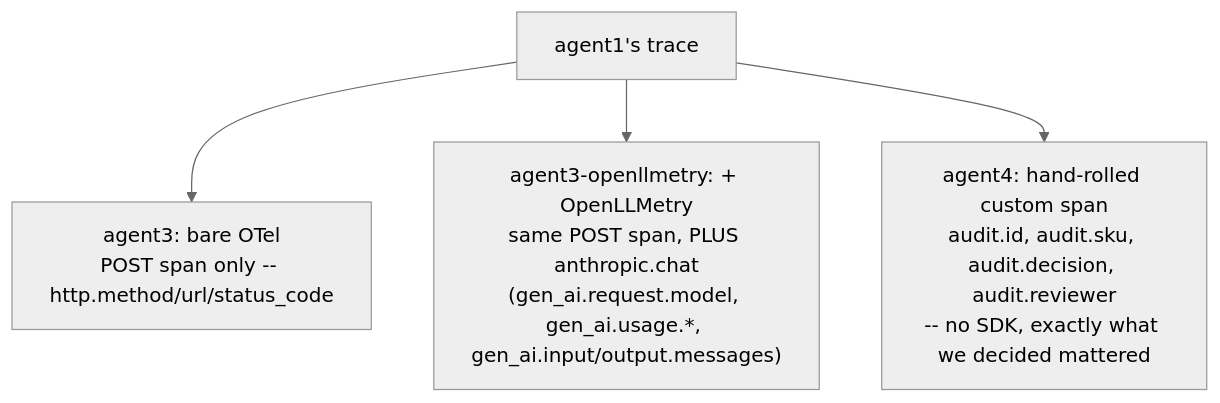
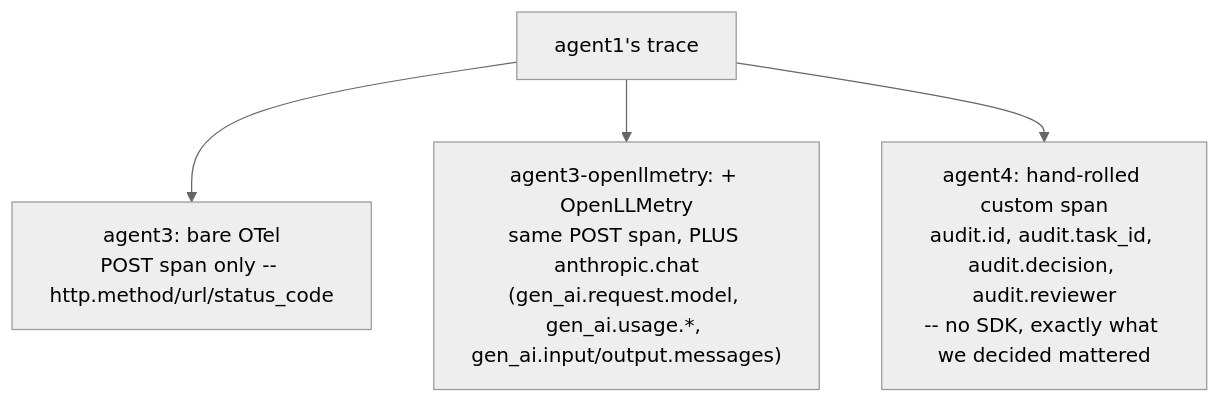
One commit to sf-matt/mcp-agent-tracing changed the third of 3 diagrams in README.md. Above: the diagram before and after it, drawn with Mermaid (neutral theme). The commit also changed other lines of this file and 7 other files, not shown here.

First line of the commit message:
Genericize business logic: pricing/SKU domain -> plain task domain

````diff
--- a/README.md
+++ b/README.md
@@ -107,7 +107,7 @@
 ```mermaid
 flowchart TB
     T[agent1's trace]
     T --> bare["agent3: bare OTel<br/>POST span only -- http.method/url/status_code"]
     T --> oll["agent3-openllmetry: + OpenLLMetry<br/>same POST span, PLUS anthropic.chat<br/>(gen_ai.request.model, gen_ai.usage.*, gen_ai.input/output.messages)"]
-    T --> custom["agent4: hand-rolled custom span<br/>audit.id, audit.sku, audit.decision, audit.reviewer<br/>-- no SDK, exactly what we decided mattered"]
+    T --> custom["agent4: hand-rolled custom span<br/>audit.id, audit.task_id, audit.decision, audit.reviewer<br/>-- no SDK, exactly what we decided mattered"]
 ```
````
